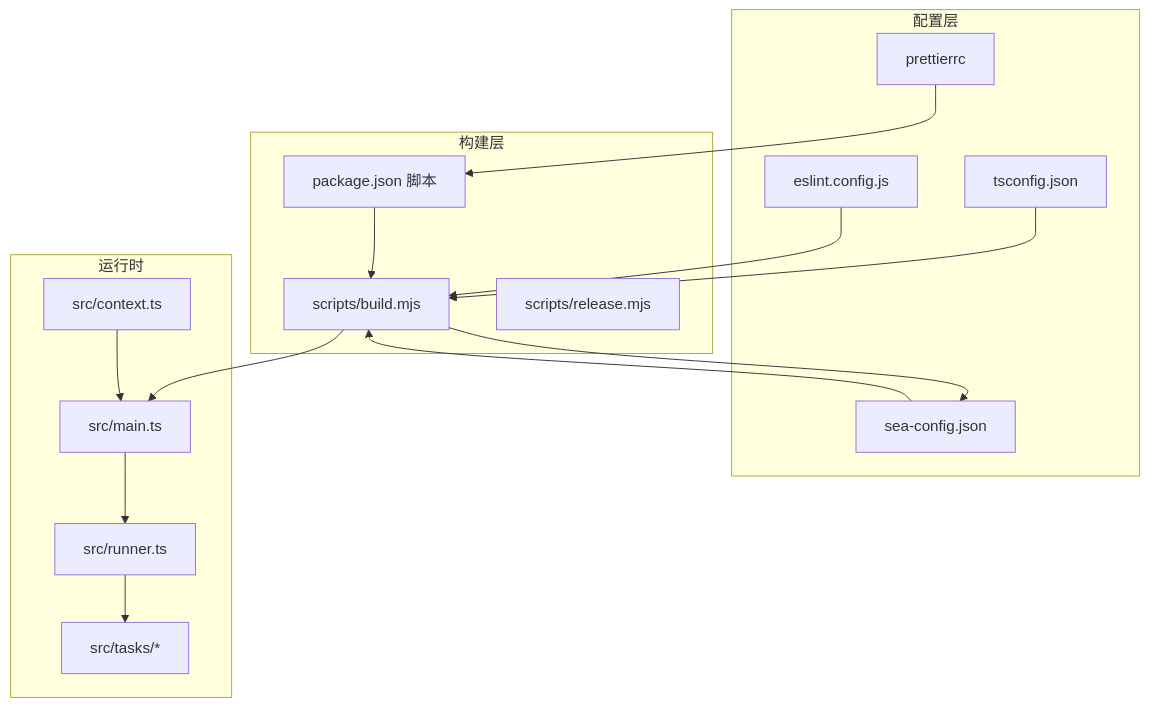
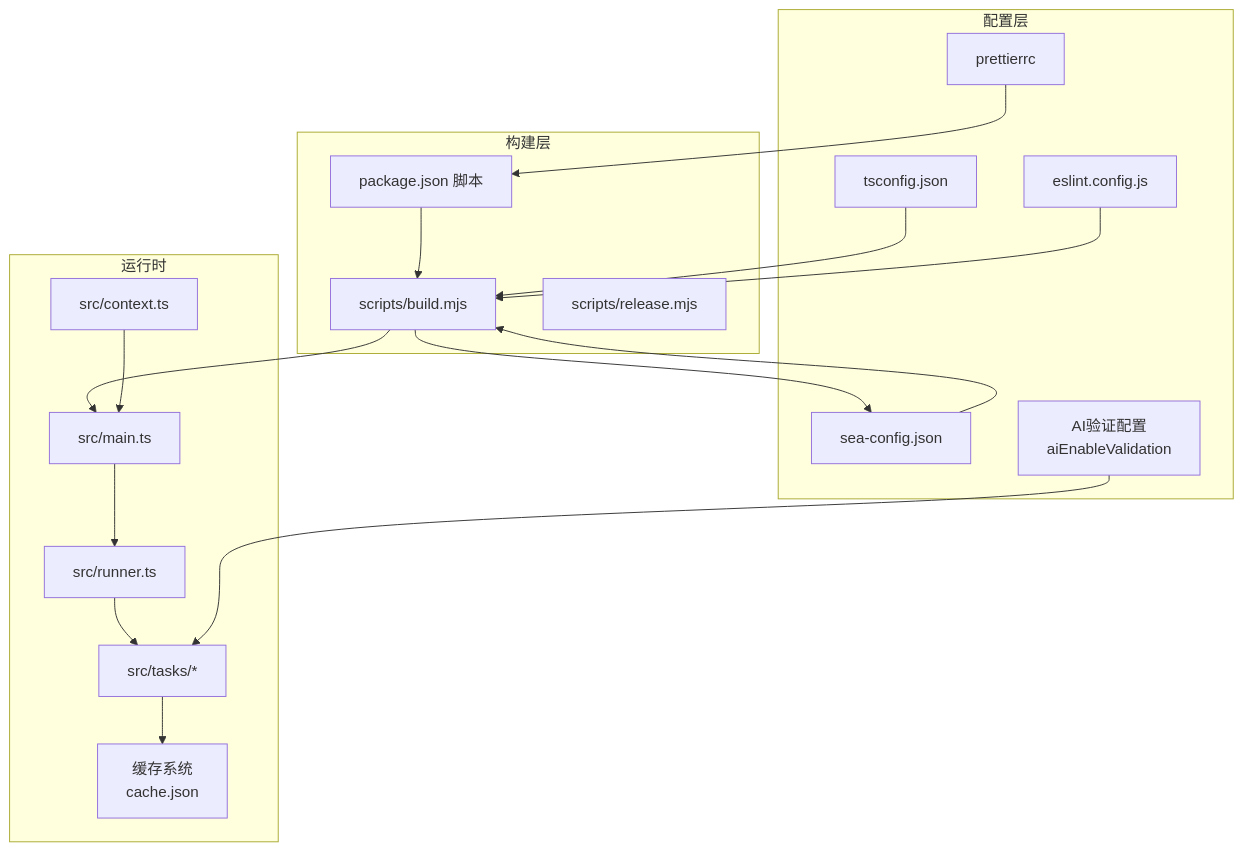
The second of 3 diagrams in .qoder/repowiki/zh/content/API 参考文档/配置选项API.md (hllshiro/doc2md-cli), drawn with Mermaid before and after one commit. The commit also changed other lines of this file and 4 other files, not shown here.

First line of the commit message:
feat(utils): 新增AI图片识别超时配置和控制功能

````diff
--- a/.qoder/repowiki/zh/content/API 参考文档/配置选项API.md
+++ b/.qoder/repowiki/zh/content/API 参考文档/配置选项API.md
@@ -124,30 +141,34 @@
 ```mermaid
 graph TB
 subgraph "配置层"
 TSC["tsconfig.json"]
 ESL["eslint.config.js"]
 PRET["prettierrc"]
 SEA["sea-config.json"]
+AI["AI验证配置<br/>aiEnableValidation"]
 end
 subgraph "构建层"
 PKG["package.json 脚本"]
 BLD["scripts/build.mjs"]
 REL["scripts/release.mjs"]
 end
 subgraph "运行时"
 SRC["src/main.ts"]
 CTX["src/context.ts"]
 RUN["src/runner.ts"]
 TASKS["src/tasks/*"]
+CACHE["缓存系统<br/>cache.json"]
 end
 TSC --> BLD
 ESL --> BLD
 PRET --> PKG
 SEA --> BLD
 PKG --> BLD
 BLD --> SEA
 BLD --> SRC
 SRC --> RUN
 RUN --> TASKS
 CTX --> SRC
+TASKS --> CACHE
+AI --> TASKS
 ```
````
